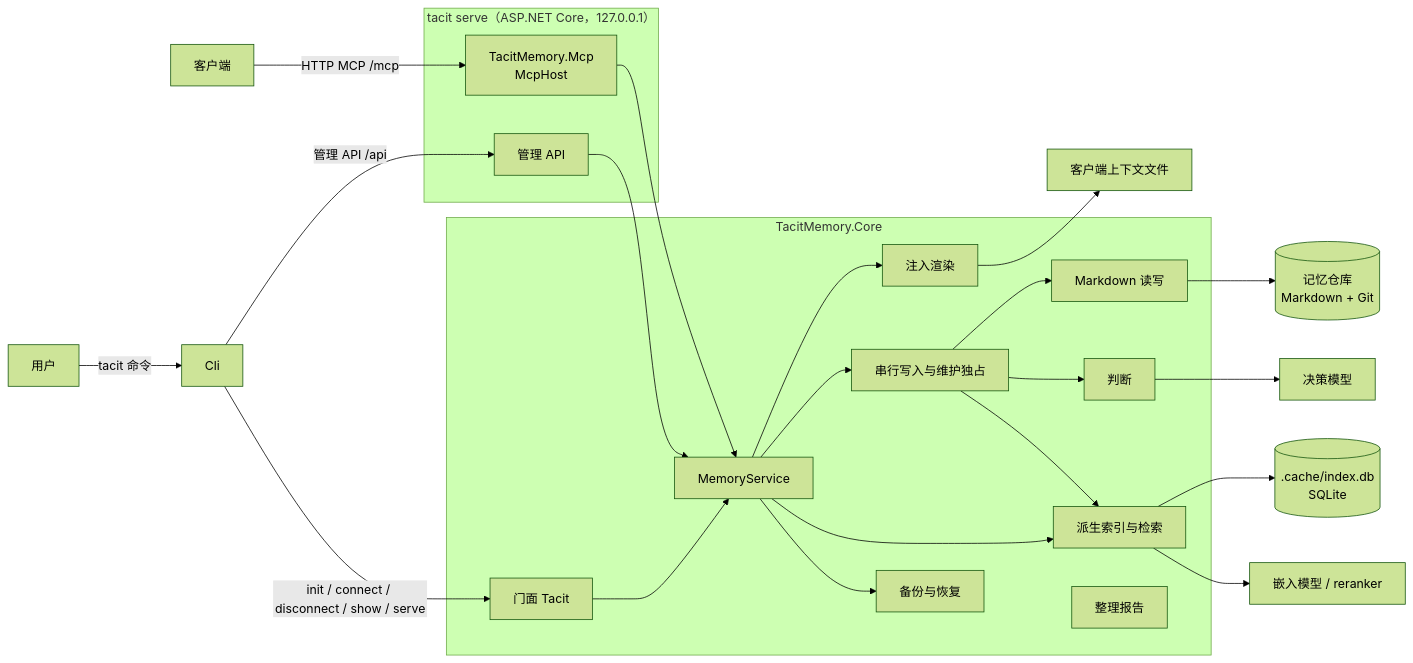
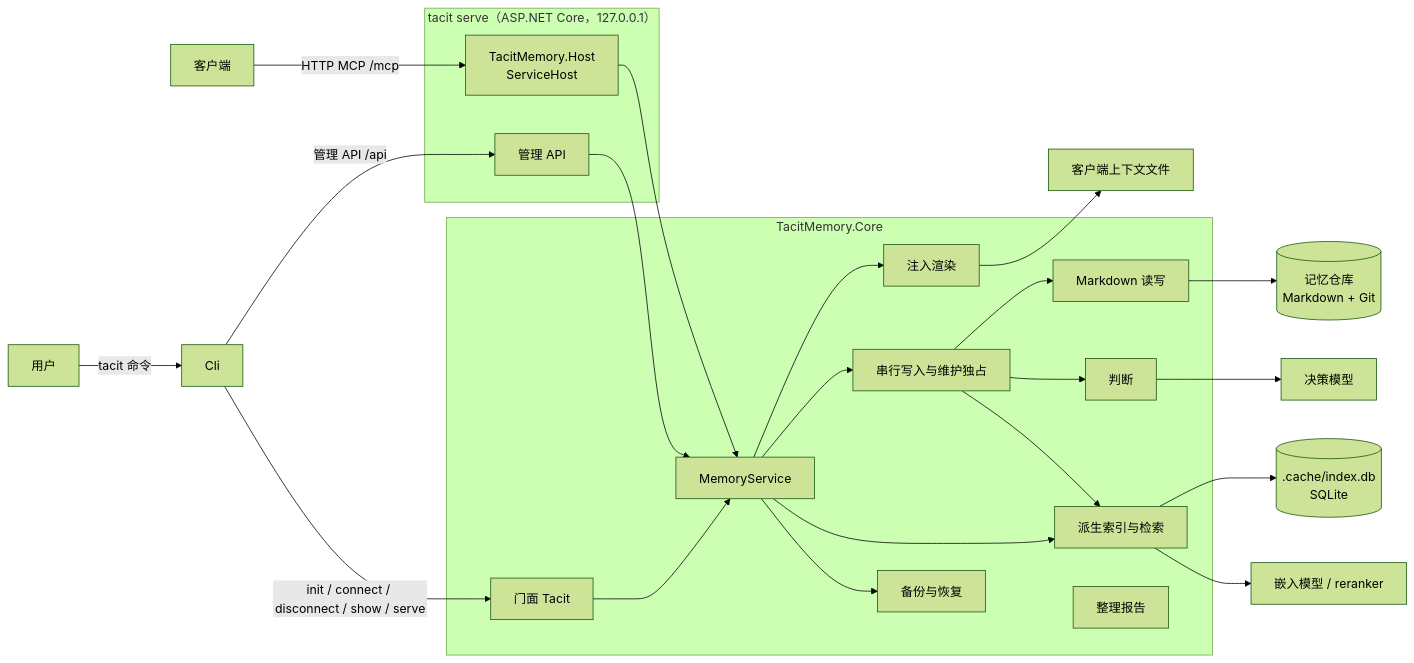
One commit to kearril/tacit-memory changed the diagram in docs/architecture.md. Above: the diagram before and after it, drawn with Mermaid (forest theme). The commit also changed other lines of this file and 28 other files, not shown here.

First line of the commit message:
refactor(host): rename the Mcp assembly to Host

````diff
--- a/docs/architecture.md
+++ b/docs/architecture.md
@@ -11,37 +11,37 @@
 ```mermaid
 flowchart LR
     Client[客户端] -->|HTTP MCP /mcp| Mcp
     User[用户] -->|tacit 命令| Cli
     Cli -->|管理 API /api| Admin
     subgraph Host["tacit serve（ASP.NET Core，127.0.0.1）"]
-        Mcp[TacitMemory.Mcp<br>McpHost]
+        Mcp[TacitMemory.Host<br>ServiceHost]
         Admin[管理 API]
     end
     Cli -->|init / connect / disconnect / show / serve| Facade
     Mcp --> Service
     Admin --> Service
     subgraph Core["TacitMemory.Core"]
         Facade[门面 Tacit]
         Service[MemoryService]
         Writer[串行写入与维护独占]
         Store[Markdown 读写]
         Index[派生索引与检索]
         Judge[判断]
         Inject[注入渲染]
         Consolidation[整理报告]
         Backup[备份与恢复]
     end
     Facade --> Service
     Service --> Inject
     Service --> Writer
     Service --> Index
     Service --> Backup
     Writer --> Store
     Writer --> Judge
     Writer --> Index
     Store --> Repo[(记忆仓库<br>Markdown + Git)]
     Index --> Db[(.cache/index.db<br>SQLite)]
     Index --> Aux[嵌入模型 / reranker]
     Judge --> Decision[决策模型]
     Inject --> Files[客户端上下文文件]
 ```
````
